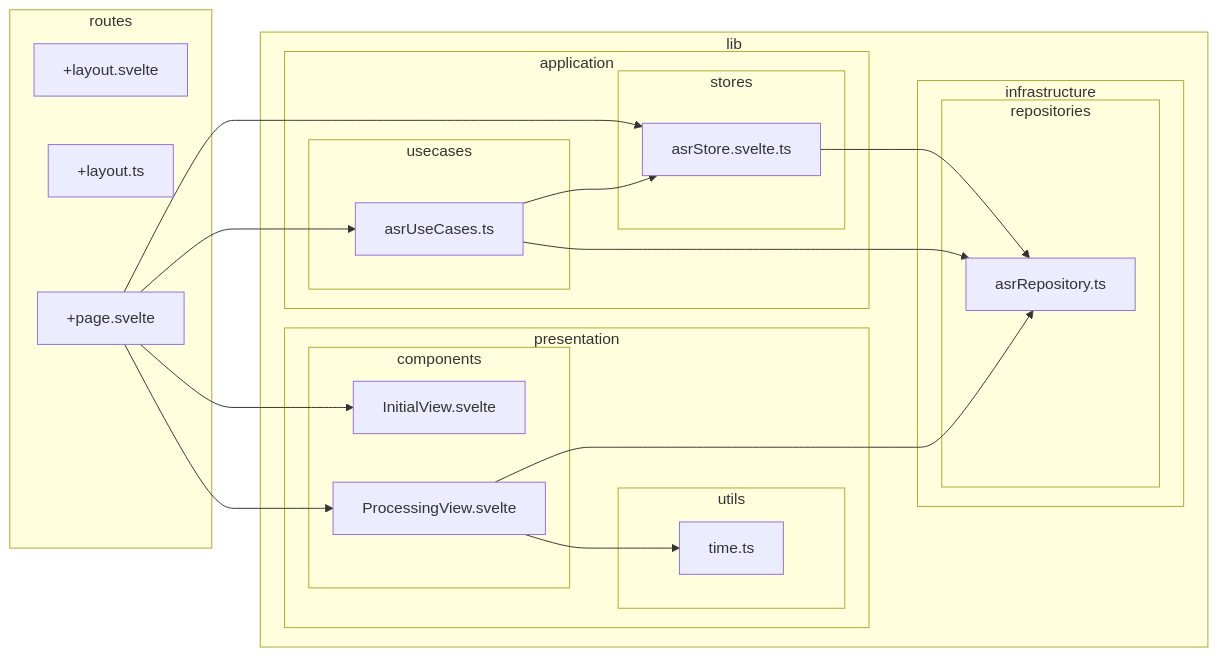
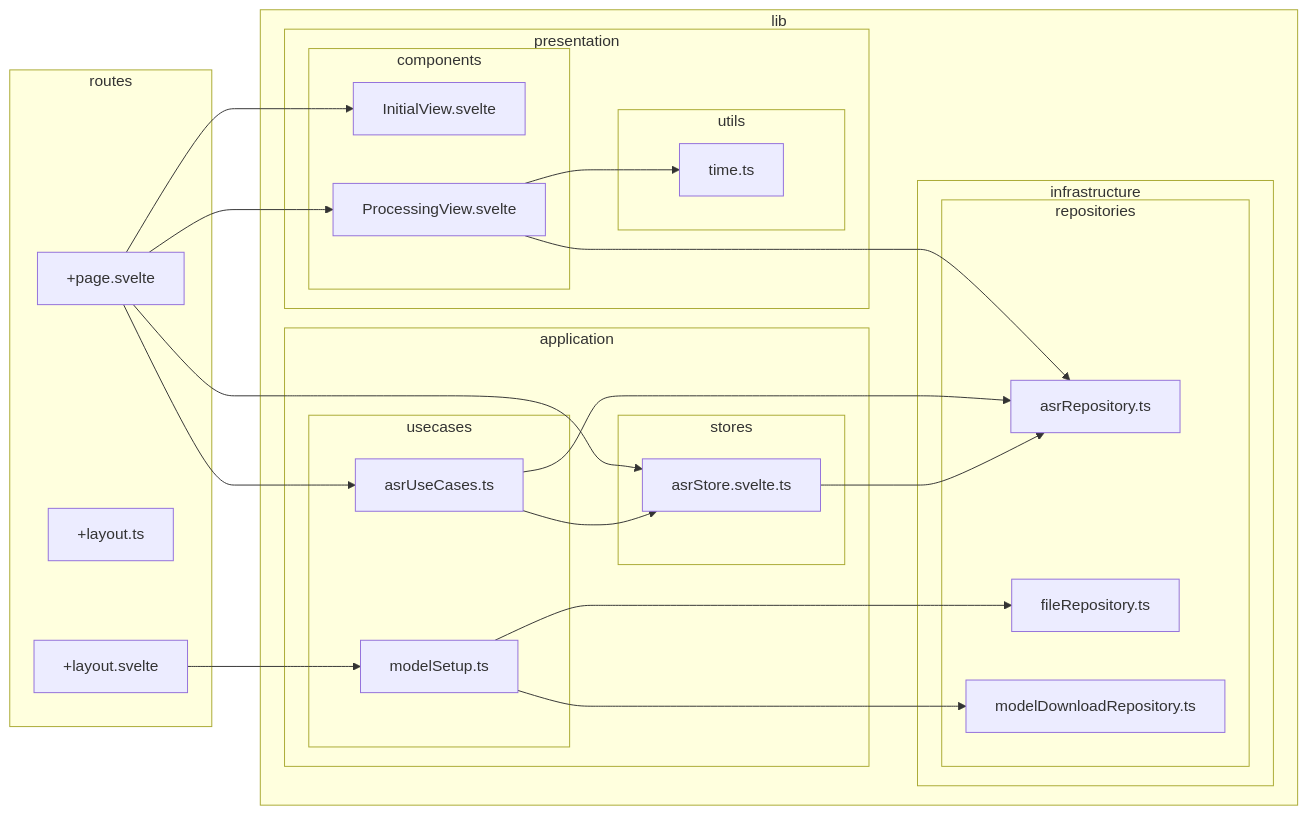
Before and after one commit to k5n/kotonoha-asr: the diagram in doc/dependency-graph.md, drawn with Mermaid. The commit also changed 14 other files, not shown here.

Commit message:
feat: Integrate ASR model setup and downloading functionality

````diff
--- a/doc/dependency-graph.md
+++ b/doc/dependency-graph.md
@@ -5,41 +5,47 @@
 ```mermaid
 graph LR
         subgraph "lib"
             subgraph "application"
                 subgraph "stores"
                     src_lib_application_stores_asrStore_svelte_ts["asrStore.svelte.ts"]
                 end
                 subgraph "usecases"
                     src_lib_application_usecases_asrUseCases_ts["asrUseCases.ts"]
+                    src_lib_application_usecases_modelSetup_ts["modelSetup.ts"]
                 end
             end
             subgraph "infrastructure"
                 subgraph "repositories"
                     src_lib_infrastructure_repositories_asrRepository_ts["asrRepository.ts"]
+                    src_lib_infrastructure_repositories_fileRepository_ts["fileRepository.ts"]
+                    src_lib_infrastructure_repositories_modelDownloadRepository_ts["modelDownloadRepository.ts"]
                 end
             end
             subgraph "presentation"
                 subgraph "components"
                     src_lib_presentation_components_InitialView_svelte["InitialView.svelte"]
                     src_lib_presentation_components_ProcessingView_svelte["ProcessingView.svelte"]
                 end
                 subgraph "utils"
                     src_lib_presentation_utils_time_ts["time.ts"]
                 end
             end
         end
         subgraph "routes"
             src_routes__layout_svelte["+layout.svelte"]
             src_routes__layout_ts["+layout.ts"]
             src_routes__page_svelte["+page.svelte"]
         end
 src_lib_application_stores_asrStore_svelte_ts --> src_lib_infrastructure_repositories_asrRepository_ts
 src_lib_application_usecases_asrUseCases_ts --> src_lib_application_stores_asrStore_svelte_ts
 src_lib_application_usecases_asrUseCases_ts --> src_lib_infrastructure_repositories_asrRepository_ts
+src_lib_application_usecases_modelSetup_ts --> src_lib_infrastructure_repositories_fileRepository_ts
+src_lib_application_usecases_modelSetup_ts --> src_lib_infrastructure_repositories_modelDownloadRepository_ts
 src_lib_presentation_components_ProcessingView_svelte --> src_lib_infrastructure_repositories_asrRepository_ts
 src_lib_presentation_components_ProcessingView_svelte --> src_lib_presentation_utils_time_ts
+src_routes__layout_svelte --> src_lib_application_usecases_modelSetup_ts
 src_routes__page_svelte --> src_lib_application_stores_asrStore_svelte_ts
 src_routes__page_svelte --> src_lib_application_usecases_asrUseCases_ts
 src_routes__page_svelte --> src_lib_presentation_components_InitialView_svelte
 src_routes__page_svelte --> src_lib_presentation_components_ProcessingView_svelte
 ```
````
